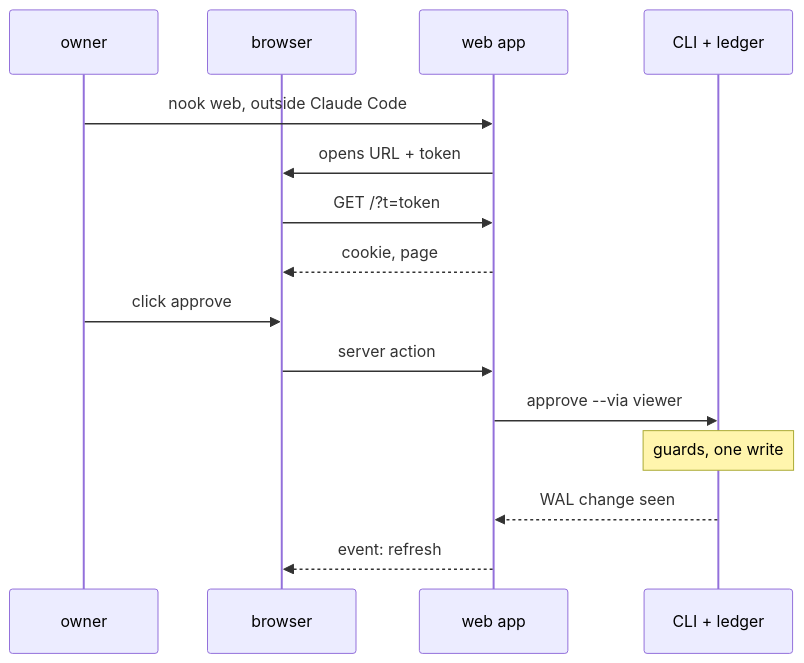
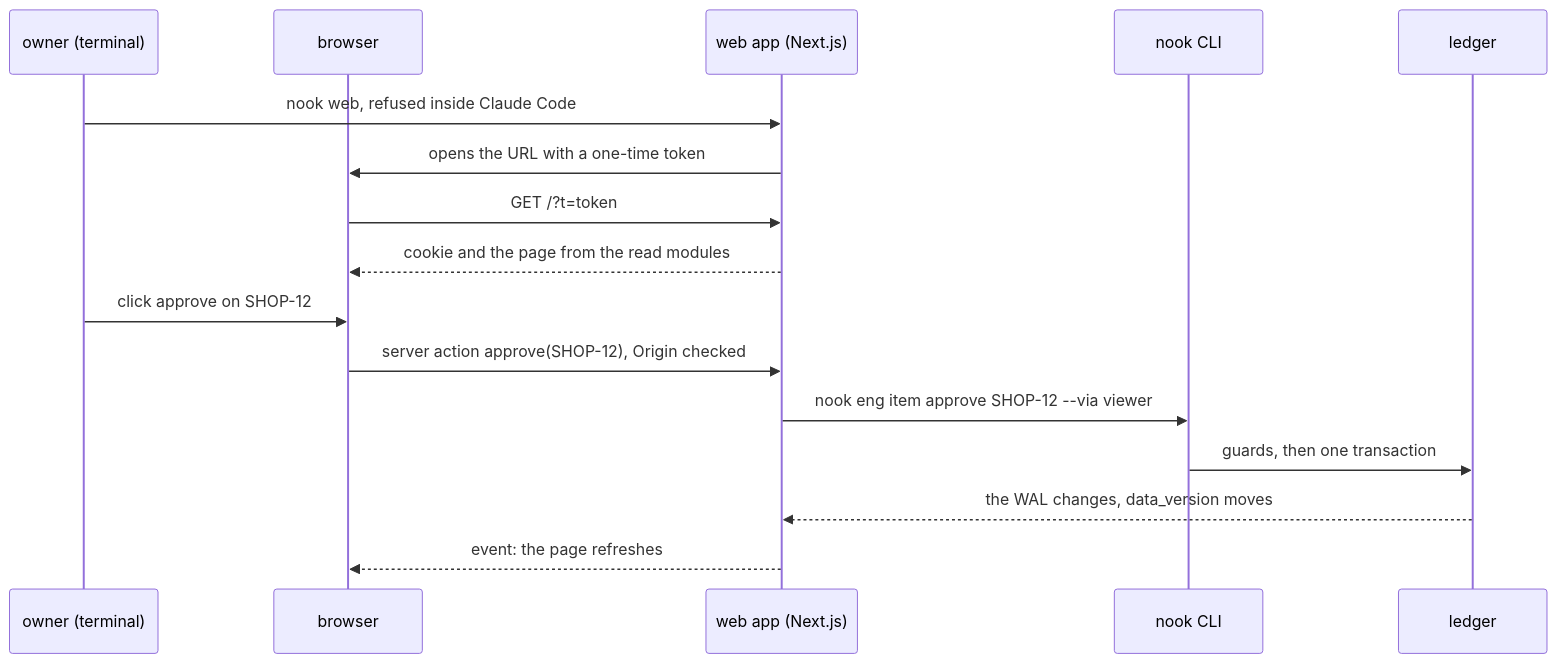
One commit to lamtran8401/nook changed the third of 3 diagrams in docs/plan/v0.3.md. Above: the diagram before and after it, drawn with Mermaid.

Commit message:
Give the plan sequence back its five parts and full labels
The owner prefers a diagram that reads well and scrolls over one cut
down to fit the column, so the CLI and the ledger are two parts again
and each message says what it does.

Claude-Session: https://claude.ai/code/session_01KqGhVEfcy9HRJtNJzr4Zpz

````diff
--- a/docs/plan/v0.3.md
+++ b/docs/plan/v0.3.md
@@ -77,17 +77,18 @@
 ```mermaid
 sequenceDiagram
-  participant O as owner
+  participant O as owner (terminal)
   participant B as browser
-  participant W as web app
-  participant C as CLI + ledger
-  O->>W: nook web, outside Claude Code
-  W->>B: opens URL + token
+  participant W as web app (Next.js)
+  participant C as nook CLI
+  participant L as ledger
+  O->>W: nook web, refused inside Claude Code
+  W->>B: opens the URL with a one-time token
   B->>W: GET /?t=token
-  W-->>B: cookie, page
-  O->>B: click approve
-  B->>W: server action
-  W->>C: approve --via viewer
-  Note over C: guards, one write
-  C-->>W: WAL change seen
-  W-->>B: event: refresh
+  W-->>B: cookie and the page from the read modules
+  O->>B: click approve on SHOP-12
+  B->>W: server action approve(SHOP-12), Origin checked
+  W->>C: nook eng item approve SHOP-12 --via viewer
+  C->>L: guards, then one transaction
+  L-->>W: the WAL changes, data_version moves
+  W-->>B: event: the page refreshes
 ```
````
